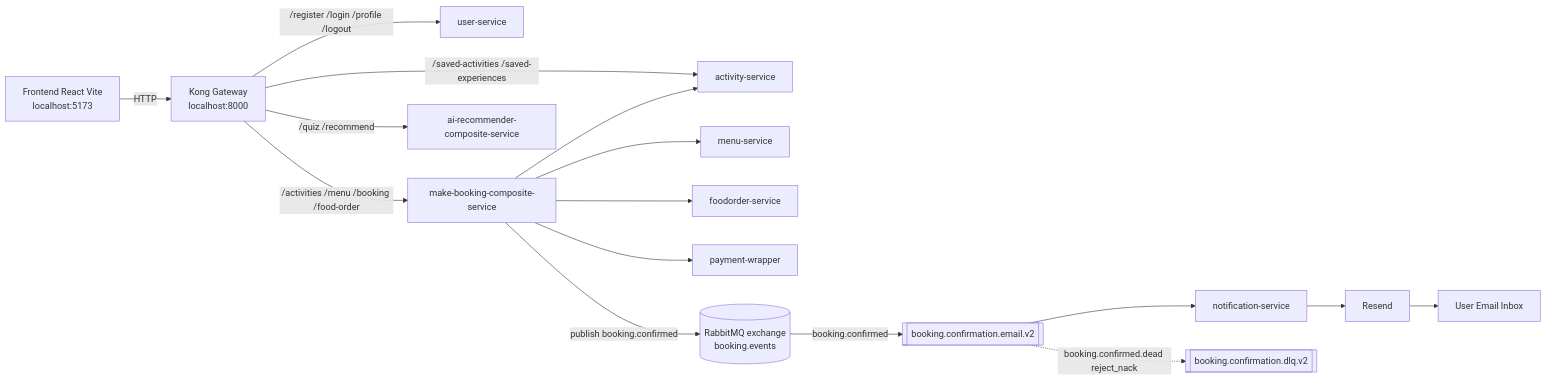
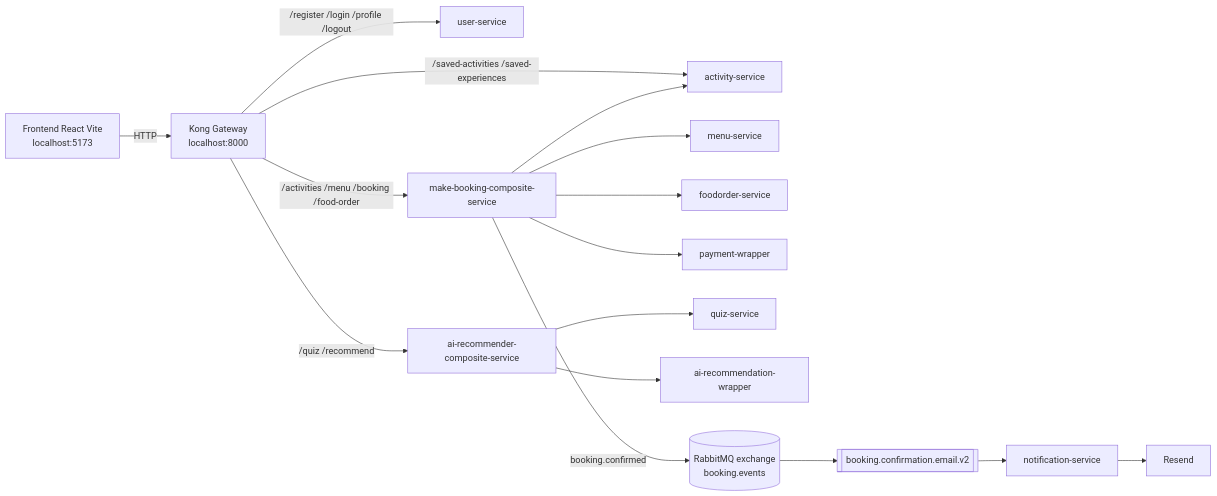
Before and after one commit to nicholassang/IS213-Art-Studio-Cafe-Booking-Microservice: the diagram in README.md, drawn with Mermaid. The commit also changed other lines of this file, not shown here.

````diff
--- a/README.md
+++ b/README.md
@@ -43,22 +46,22 @@
 ```mermaid
 flowchart LR
         FE[Frontend React Vite\nlocalhost:5173] -->|HTTP| KONG[Kong Gateway\nlocalhost:8000]
 
         KONG -->|/register /login /profile /logout| USER[user-service]
         KONG -->|/activities /menu /booking /food-order| BOOKING[make-booking-composite-service]
         KONG -->|/saved-activities /saved-experiences| ACT[activity-service]
-        KONG -->|/quiz /recommend| AICOMP[ai-recommender-composite-service]
+        KONG -->|/quiz /recommend| REC[ai-recommender-composite-service]
 
         BOOKING --> ACT
         BOOKING --> MENU[menu-service]
         BOOKING --> FOOD[foodorder-service]
         BOOKING --> PAY[payment-wrapper]
 
-        BOOKING -->|publish booking.confirmed| EX[(RabbitMQ exchange\nbooking.events)]
-        EX -->|booking.confirmed| QMAIN[[booking.confirmation.email.v2]]
-        QMAIN --> NOTIF[notification-service]
+        REC --> QUIZ[quiz-service]
+        REC --> AIWRAP[ai-recommendation-wrapper]
+
+        BOOKING -->|booking.confirmed| EX[(RabbitMQ exchange\nbooking.events)]
+        EX --> EMAILQ[[booking.confirmation.email.v2]]
+        EMAILQ --> NOTIF[notification-service]
         NOTIF --> RESEND[Resend]
-        RESEND --> CUSTOMER[User Email Inbox]
-
-        QMAIN -.->|booking.confirmed.dead reject_nack| QDLQ[[booking.confirmation.dlq.v2]]
 ```
````
